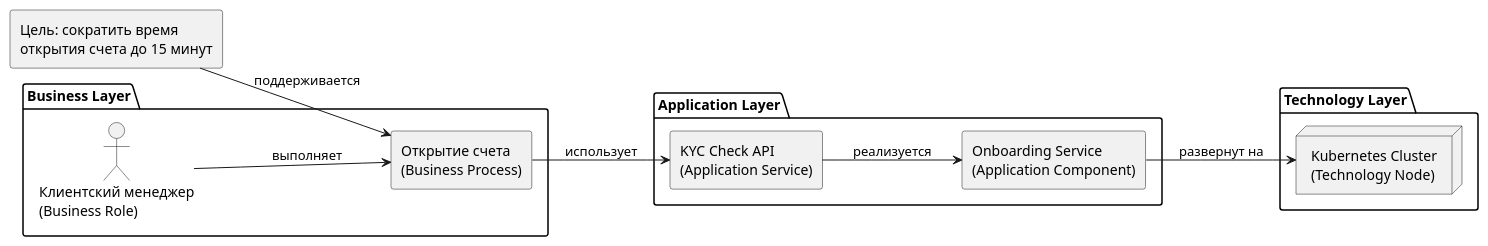
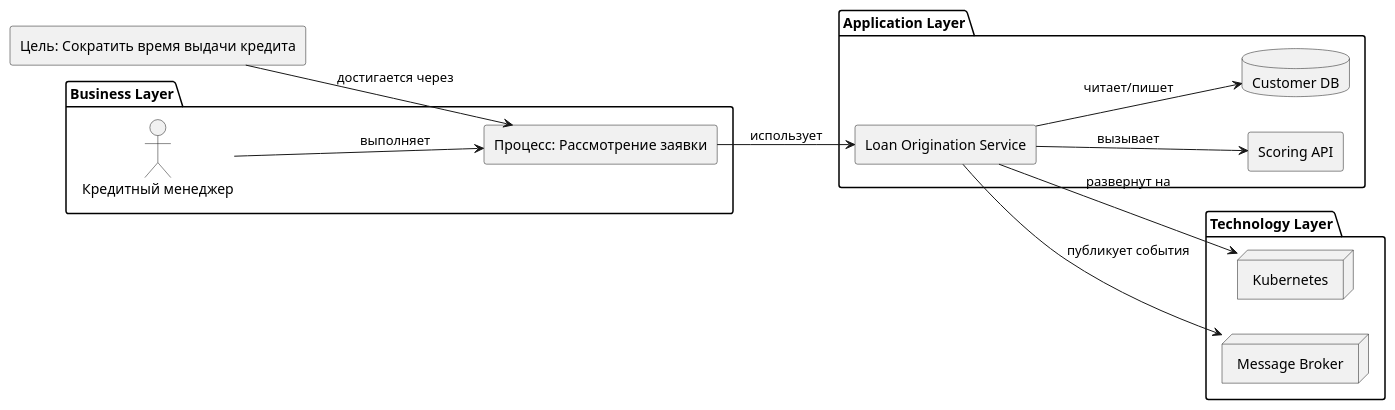
One commit to iwizy/analyst_kb changed the diagram in docs/notations/archimate.md. Above: the diagram before and after it, drawn with PlantUML. The commit also changed other lines of this file and 20 other files, not shown here.

````diff
--- a/docs/notations/archimate.md
+++ b/docs/notations/archimate.md
@@ -29,28 +30,32 @@
 ```kroki-plantuml
 @startuml
 left to right direction
 skinparam componentStyle rectangle
 
-rectangle "Цель: сократить время\nоткрытия счета до 15 минут" as GOAL
+rectangle "Цель: Сократить время выдачи кредита" as Goal
 
 package "Business Layer" {
-  rectangle "Открытие счета\n(Business Process)" as BP
-  actor "Клиентский менеджер\n(Business Role)" as BR
+  rectangle "Процесс: Рассмотрение заявки" as BP
+  actor "Кредитный менеджер" as Role
 }
 
 package "Application Layer" {
-  rectangle "KYC Check API\n(Application Service)" as AS
-  rectangle "Onboarding Service\n(Application Component)" as AC
+  rectangle "Loan Origination Service" as LOS
+  rectangle "Scoring API" as Score
+  database "Customer DB" as CDB
 }
 
 package "Technology Layer" {
-  node "Kubernetes Cluster\n(Technology Node)" as TN
+  node "Kubernetes" as K8s
+  node "Message Broker" as MQ
 }
 
-GOAL --> BP : поддерживается
-BR --> BP : выполняет
-BP --> AS : использует
-AS --> AC : реализуется
-AC --> TN : развернут на
+Goal --> BP : достигается через
+Role --> BP : выполняет
+BP --> LOS : использует
+LOS --> Score : вызывает
+LOS --> CDB : читает/пишет
+LOS --> MQ : публикует события
+LOS --> K8s : развернут на
 @enduml
 ```
````
